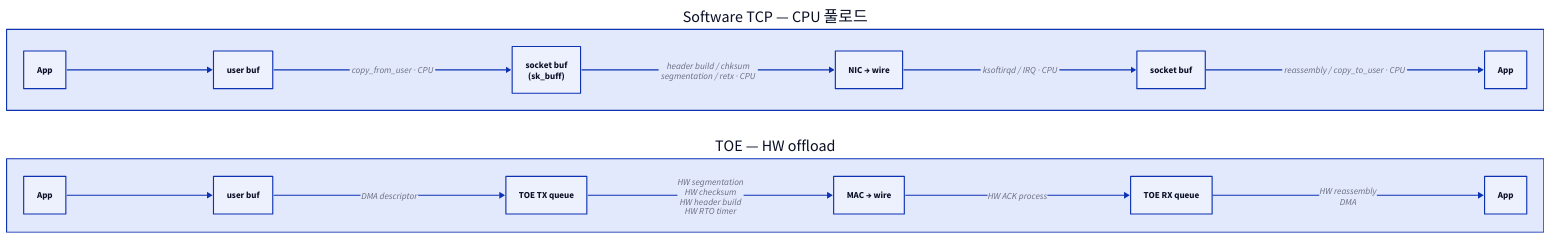
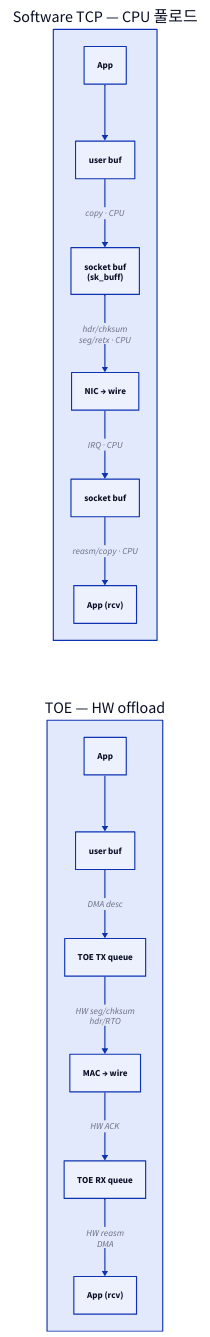
The first of 6 diagrams in topics/toe/docs/01_tcp_ip_and_toe_concept.md (humbleowl39/DV_SKOOL), drawn with D2 before and after one commit. The commit also changed 90 other files, not shown here.

First line of the commit message:
docs: 전 토픽 다이어그램 정비 — ASCII→D2, mermaid→D2, 과대 D2 가시성 수정

````diff
--- a/topics/toe/docs/01_tcp_ip_and_toe_concept.md
+++ b/topics/toe/docs/01_tcp_ip_and_toe_concept.md
@@ -70,32 +70,31 @@
 ```d2
-direction: right
+direction: down
 
 SW: "Software TCP — CPU 풀로드" {
-  direction: down
   S1: "App"
   S2: "user buf"
   S3: "socket buf\n(sk_buff)"
   S4: "NIC → wire"
   S5: "socket buf"
-  S6: "App"
+  S6: "App (rcv)"
   S1 -> S2
-  S2 -> S3: "copy_from_user · CPU"
-  S3 -> S4: "header build / chksum\nsegmentation / retx · CPU"
-  S4 -> S5: "ksoftirqd / IRQ · CPU"
-  S5 -> S6: "reassembly / copy_to_user · CPU"
+  S2 -> S3: "copy · CPU"
+  S3 -> S4: "hdr/chksum\nseg/retx · CPU"
+  S4 -> S5: "IRQ · CPU"
+  S5 -> S6: "reasm/copy · CPU"
 }
 TOE: "TOE — HW offload" {
-  direction: down
   T1: "App"
   T2: "user buf"
   T3: "TOE TX queue"
   T4: "MAC → wire"
   T5: "TOE RX queue"
-  T6: "App"
+  T6: "App (rcv)"
   T1 -> T2
-  T2 -> T3: "DMA descriptor"
-  T3 -> T4: "HW segmentation\nHW checksum\nHW header build\nHW RTO timer"
-  T4 -> T5: "HW ACK process"
-  T5 -> T6: "HW reassembly\nDMA"
+  T2 -> T3: "DMA desc"
+  T3 -> T4: "HW seg/chksum\nhdr/RTO"
+  T4 -> T5: "HW ACK"
+  T5 -> T6: "HW reasm\nDMA"
 }
+SW -> TOE: { style.opacity: 0 }
 ```
````
